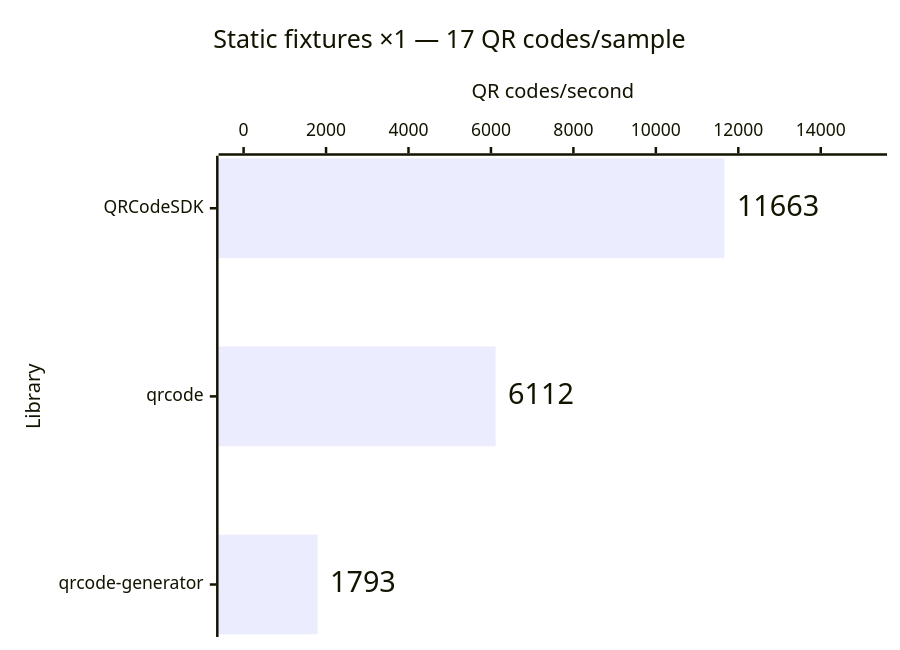
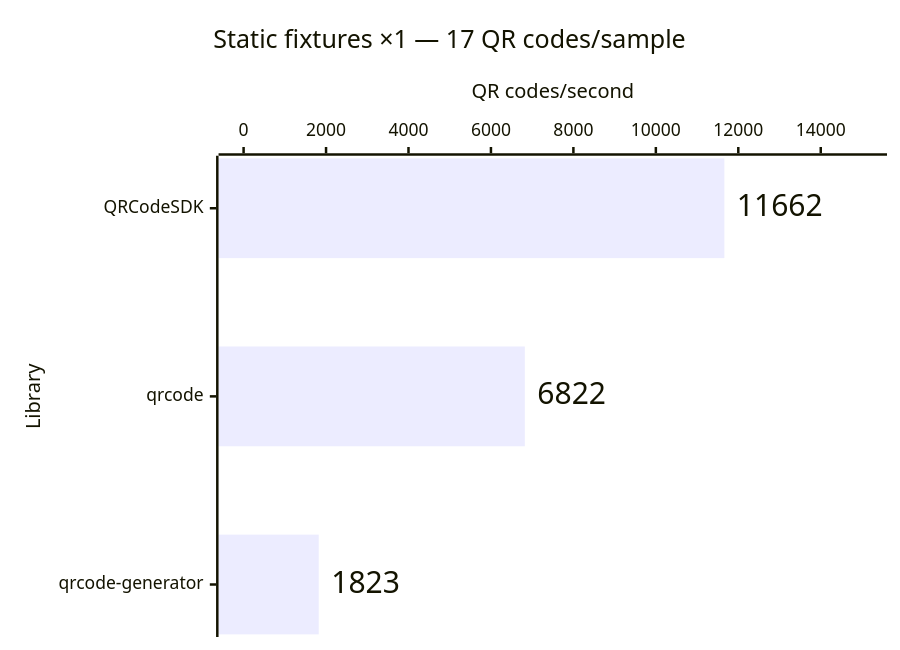
The first of 14 diagrams in apps/docs/src/content/docs/learn/performance.md (Dafnik/qrcodesdk), drawn with Mermaid before and after one commit. The commit also changed other lines of this file, not shown here.

````diff
--- a/apps/docs/src/content/docs/learn/performance.md
+++ b/apps/docs/src/content/docs/learn/performance.md
@@ -29,15 +29,15 @@
 ```mermaid
 ---
 config:
   xyChart:
     showDataLabel: true
     showDataLabelOutsideBar: true
 ---
 xychart horizontal
   accTitle: Matrix generation: Static fixtures ×1 — 17 QR codes/sample
-  accDescr: Throughput calculated from median time. QRCodeSDK 11,663 QR codes per second, qrcode 6,112 QR codes per second, qrcode-generator 1,793 QR codes per second. Higher is better.
+  accDescr: Throughput calculated from median time. QRCodeSDK 11,662 QR codes per second, qrcode 6,822 QR codes per second, qrcode-generator 1,823 QR codes per second. Higher is better.
   title "Static fixtures ×1 — 17 QR codes/sample"
   x-axis "Library" ["QRCodeSDK", "qrcode", "qrcode-generator"]
   y-axis "QR codes/second" 0 --> 15000
-  bar [11663, 6112, 1793]
+  bar [11662, 6822, 1823]
 ```
````
